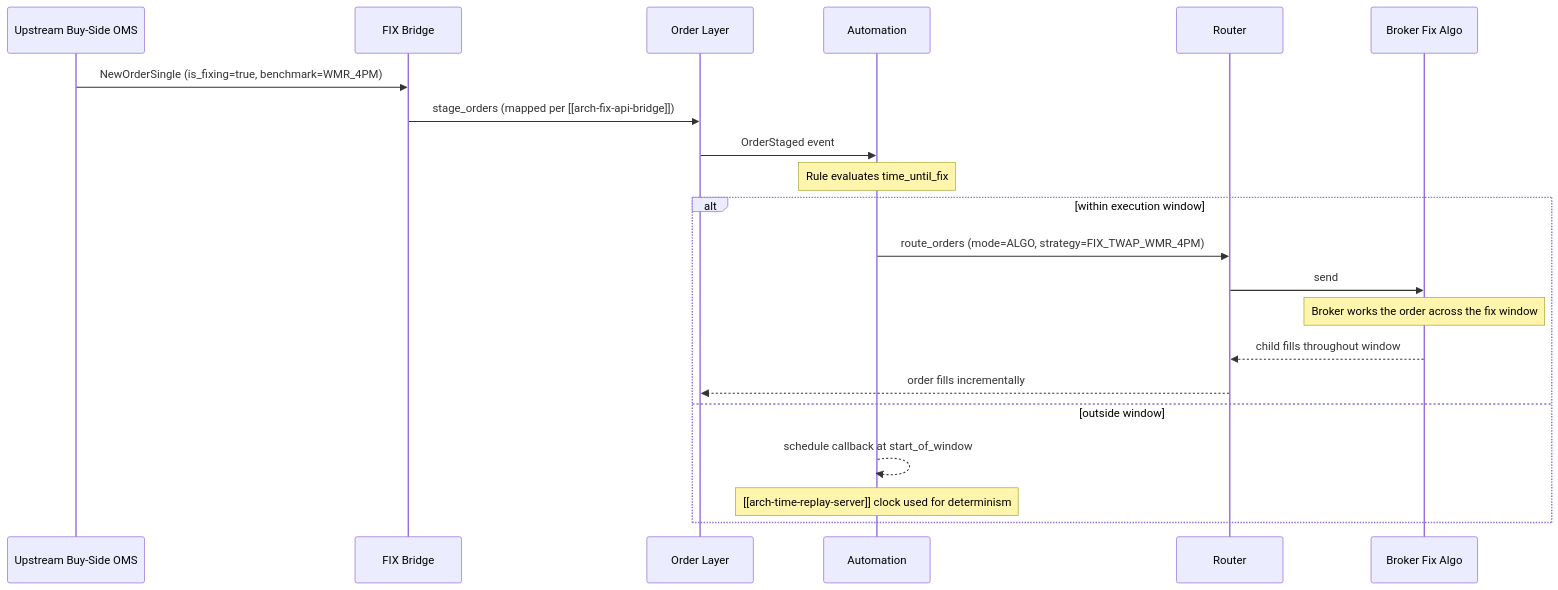
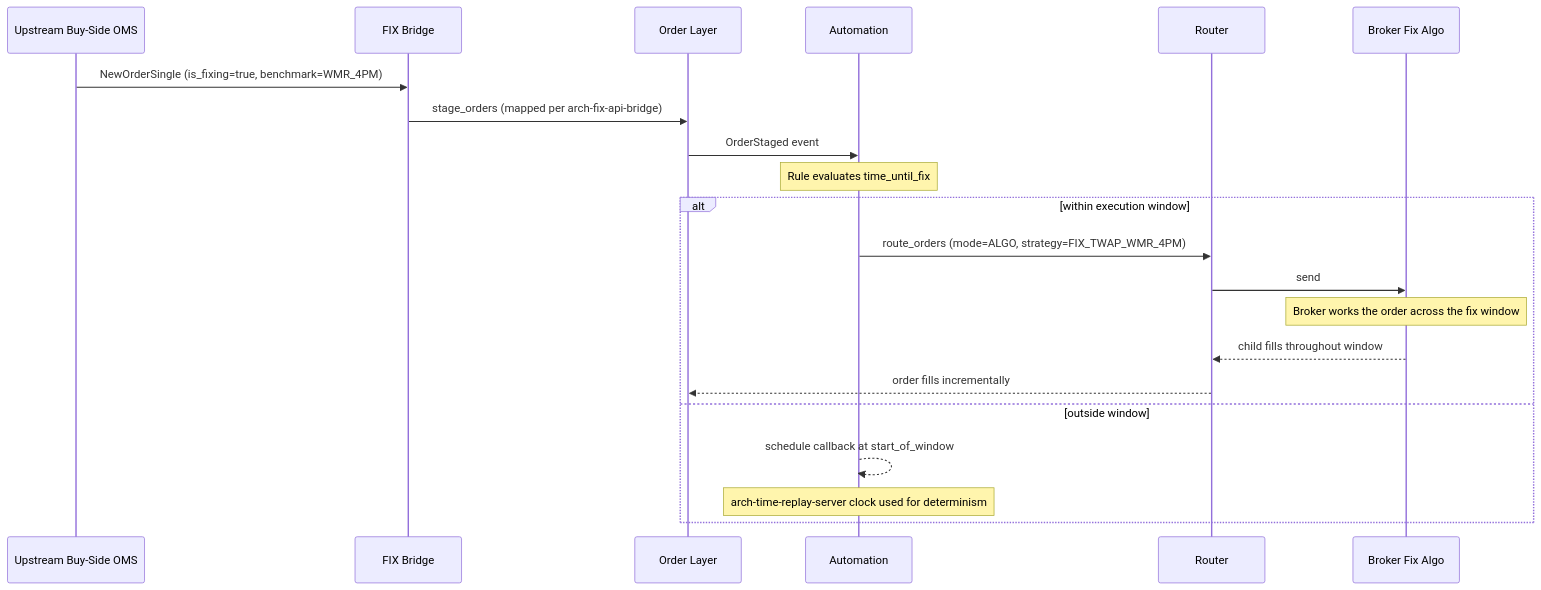
Before and after one commit to yksi7417/cross_asset_ems: the diagram in 20_workflows/routing/auto-route-fixing-orders.md, drawn with Mermaid. The commit also changed 39 other files, not shown here.

First line of the commit message:
fix: strip Obsidian wikilinks from Mermaid blocks (Quartz render bug)

````diff
--- a/20_workflows/routing/auto-route-fixing-orders.md
+++ b/20_workflows/routing/auto-route-fixing-orders.md
@@ -36,24 +36,24 @@
 ```mermaid
 sequenceDiagram
   participant OMS as Upstream Buy-Side OMS
   participant FIX as FIX Bridge
   participant O as Order Layer
   participant A as Automation
   participant R as Router
   participant ALG as Broker Fix Algo
 
   OMS->>FIX: NewOrderSingle (is_fixing=true, benchmark=WMR_4PM)
-  FIX->>O: stage_orders (mapped per [[arch-fix-api-bridge]])
+  FIX->>O: stage_orders (mapped per arch-fix-api-bridge)
   O->>A: OrderStaged event
   Note over A: Rule evaluates time_until_fix
   alt within execution window
     A->>R: route_orders (mode=ALGO, strategy=FIX_TWAP_WMR_4PM)
     R->>ALG: send
     Note over ALG: Broker works the order across the fix window
     ALG-->>R: child fills throughout window
     R-->>O: order fills incrementally
   else outside window
     A-->>A: schedule callback at start_of_window
-    Note over A: [[arch-time-replay-server]] clock used for determinism
+    Note over A: arch-time-replay-server clock used for determinism
   end
 ```
````
